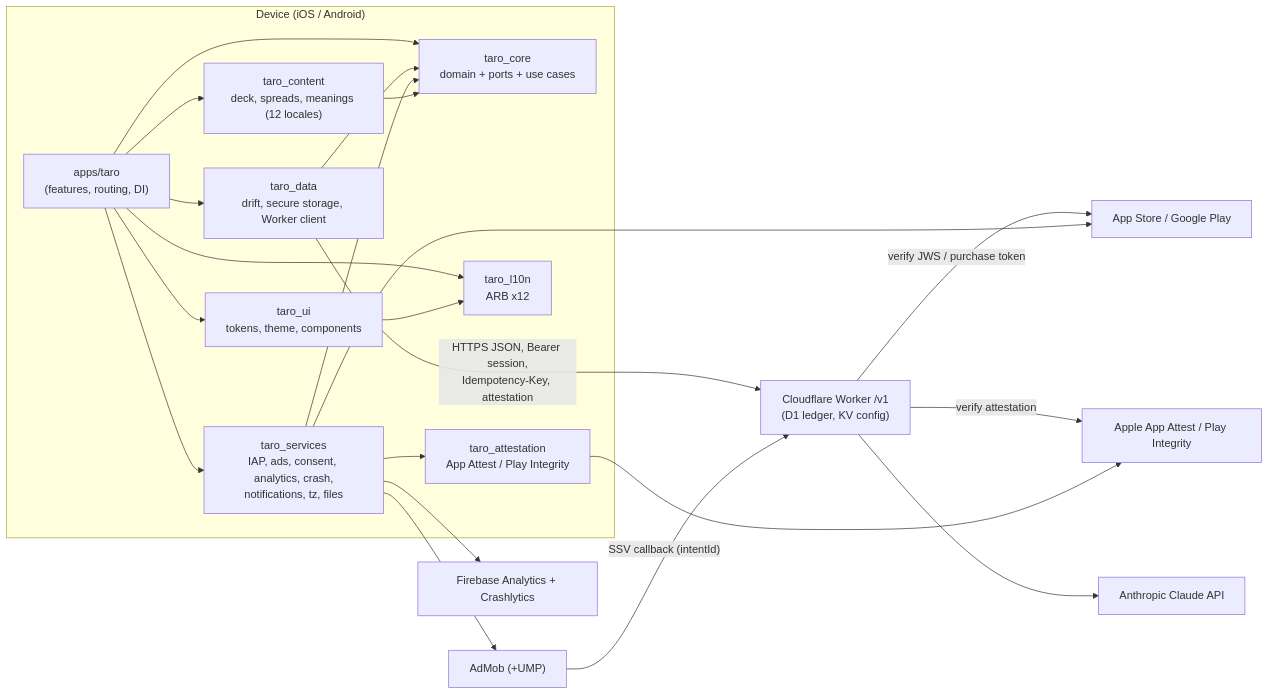
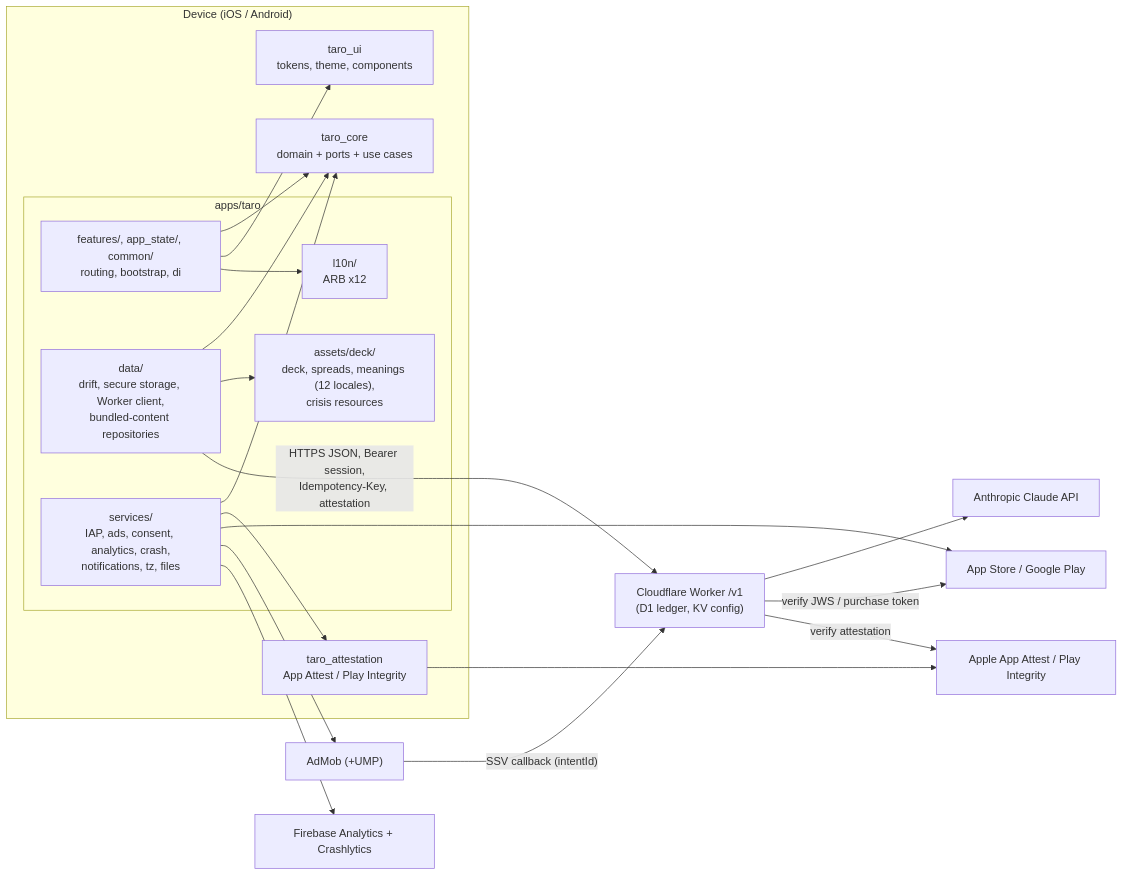
Before and after one commit to Mc231/taro: the first of 3 diagrams in docs/specs/02_ARCHITECTURE.md, drawn with Mermaid. The commit also changed other lines of this file and 291 other files, not shown here.

First line of the commit message:
feat(taro): Phase 2 — Repository bootstrap & toolchain

````diff
--- a/docs/specs/02_ARCHITECTURE.md
+++ b/docs/specs/02_ARCHITECTURE.md
@@ -64,36 +64,37 @@
 ```mermaid
 flowchart LR
   subgraph Device["Device (iOS / Android)"]
-    App["apps/taro<br/>(features, routing, DI)"]
+    subgraph App["apps/taro"]
+      Feat["features/, app_state/, common/<br/>routing, bootstrap, di"]
+      Data["data/<br/>drift, secure storage, Worker client,<br/>bundled-content repositories"]
+      Svc["services/<br/>IAP, ads, consent, analytics, crash,<br/>notifications, tz, files"]
+      L10n["l10n/<br/>ARB x12"]
+      Assets["assets/deck/<br/>deck, spreads, meanings (12 locales),<br/>crisis resources"]
+    end
     Core["taro_core<br/>domain + ports + use cases"]
-    Data["taro_data<br/>drift, secure storage, Worker client"]
-    Svc["taro_services<br/>IAP, ads, consent, analytics, crash,<br/>notifications, tz, files"]
     Att["taro_attestation<br/>App Attest / Play Integrity"]
-    Content["taro_content<br/>deck, spreads, meanings (12 locales)"]
     UI["taro_ui<br/>tokens, theme, components"]
-    L10n["taro_l10n<br/>ARB x12"]
-    App --> Core & Data & Svc & Content & UI & L10n
+    Feat --> Core & UI & L10n
     Data --> Core
+    Data --> Assets
     Svc --> Core
     Svc --> Att
-    Content --> Core
-    UI --> L10n
   end
 
   Worker["Cloudflare Worker /v1<br/>(D1 ledger, KV config)"]
   Anthropic["Anthropic Claude API"]
   Stores["App Store / Google Play"]
   AdMob["AdMob (+UMP)"]
   Firebase["Firebase Analytics + Crashlytics"]
   Attest["Apple App Attest / Play Integrity"]
 
   Data -- "HTTPS JSON, Bearer session,<br/>Idempotency-Key, attestation" --> Worker
   Worker --> Anthropic
   Worker -- "verify JWS / purchase token" --> Stores
   AdMob -- "SSV callback (intentId)" --> Worker
   Worker -- "verify attestation" --> Attest
   Svc --> Stores
   Svc --> AdMob
   Svc --> Firebase
   Att --> Attest
 ```
````
